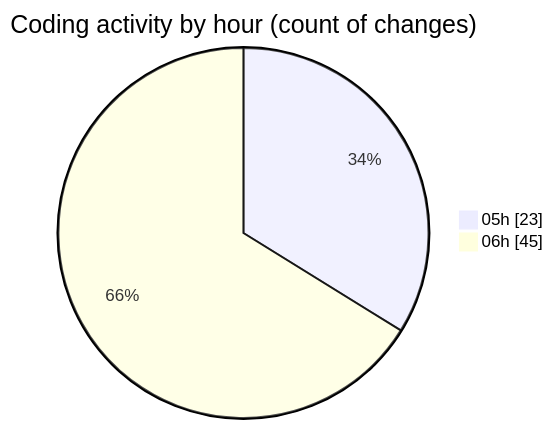
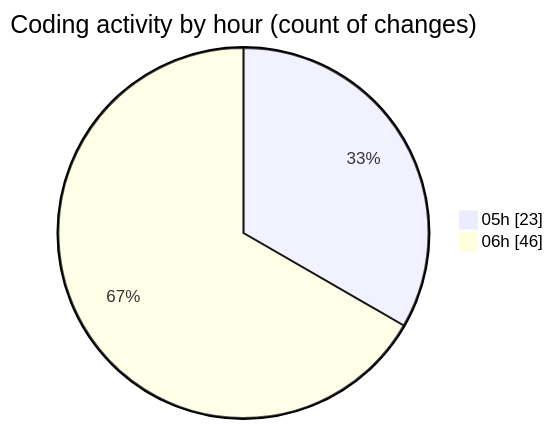
One commit to FixMe24/code-tracking changed the second of 2 diagrams in 2025-05-21/fixme24/README.md. Above: the diagram before and after it, drawn with Mermaid. The commit also changed other lines of this file and 1 other file, not shown here.

````diff
--- a/2025-05-21/fixme24/README.md
+++ b/2025-05-21/fixme24/README.md
@@ -58,6 +58,6 @@
 ```mermaid
 pie showData
 title Coding activity by hour (count of changes)
 "05h" : 23
-"06h" : 45
+"06h" : 46
 ```
````
